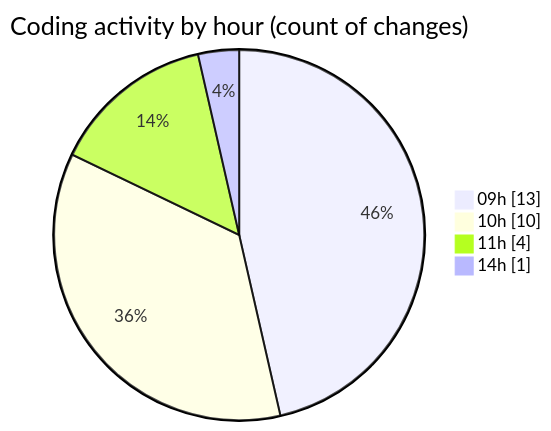
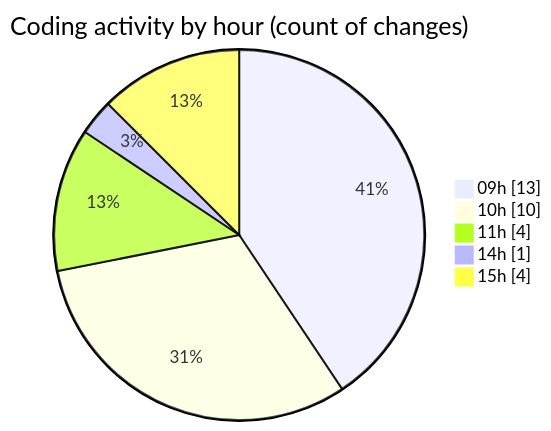
Before and after one commit to julien-gomy/code-tracking: the second of 2 diagrams in 2025-11-10/cdp_aleoudev_fr__workspace_/README.md, drawn with Mermaid. The commit also changed other lines of this file and 1 other file, not shown here.

````diff
--- a/2025-11-10/cdp_aleoudev_fr__workspace_/README.md
+++ b/2025-11-10/cdp_aleoudev_fr__workspace_/README.md
@@ -42,8 +42,9 @@
 ```mermaid
 pie showData
 title Coding activity by hour (count of changes)
 "09h" : 13
 "10h" : 10
 "11h" : 4
 "14h" : 1
+"15h" : 4
 ```
````
